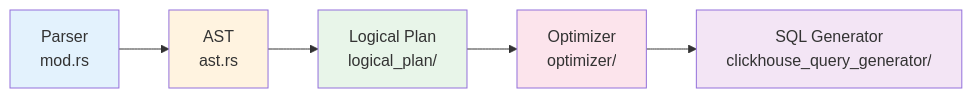
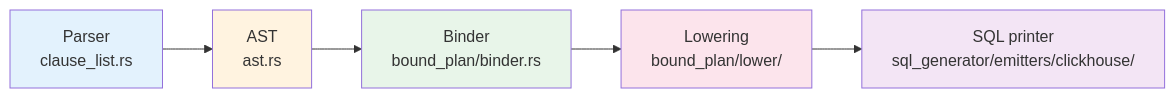
The second of 3 diagrams in DEVELOPMENT_PROCESS.md (genezhang/clickgraph), drawn with Mermaid before and after one commit. The commit also changed other lines of this file and 36 other files, not shown here.

````diff
--- a/DEVELOPMENT_PROCESS.md
+++ b/DEVELOPMENT_PROCESS.md
@@ -175,12 +175,12 @@
 ```mermaid
 graph LR
-    A[Parser<br/>mod.rs] --> B[AST<br/>ast.rs]
-    B --> C[Logical Plan<br/>logical_plan/]
-    C --> D[Optimizer<br/>optimizer/]
-    D --> E[SQL Generator<br/>clickhouse_query_generator/]
+    A[Parser<br/>clause_list.rs] --> B[AST<br/>ast.rs]
+    B --> C[Binder<br/>bound_plan/binder.rs]
+    C --> D[Lowering<br/>bound_plan/lower/]
+    D --> E[SQL printer<br/>sql_generator/emitters/clickhouse/]
     style A fill:#e3f2fd
     style B fill:#fff3e0
     style C fill:#e8f5e9
     style D fill:#fce4ec
     style E fill:#f3e5f5
 ```
````
